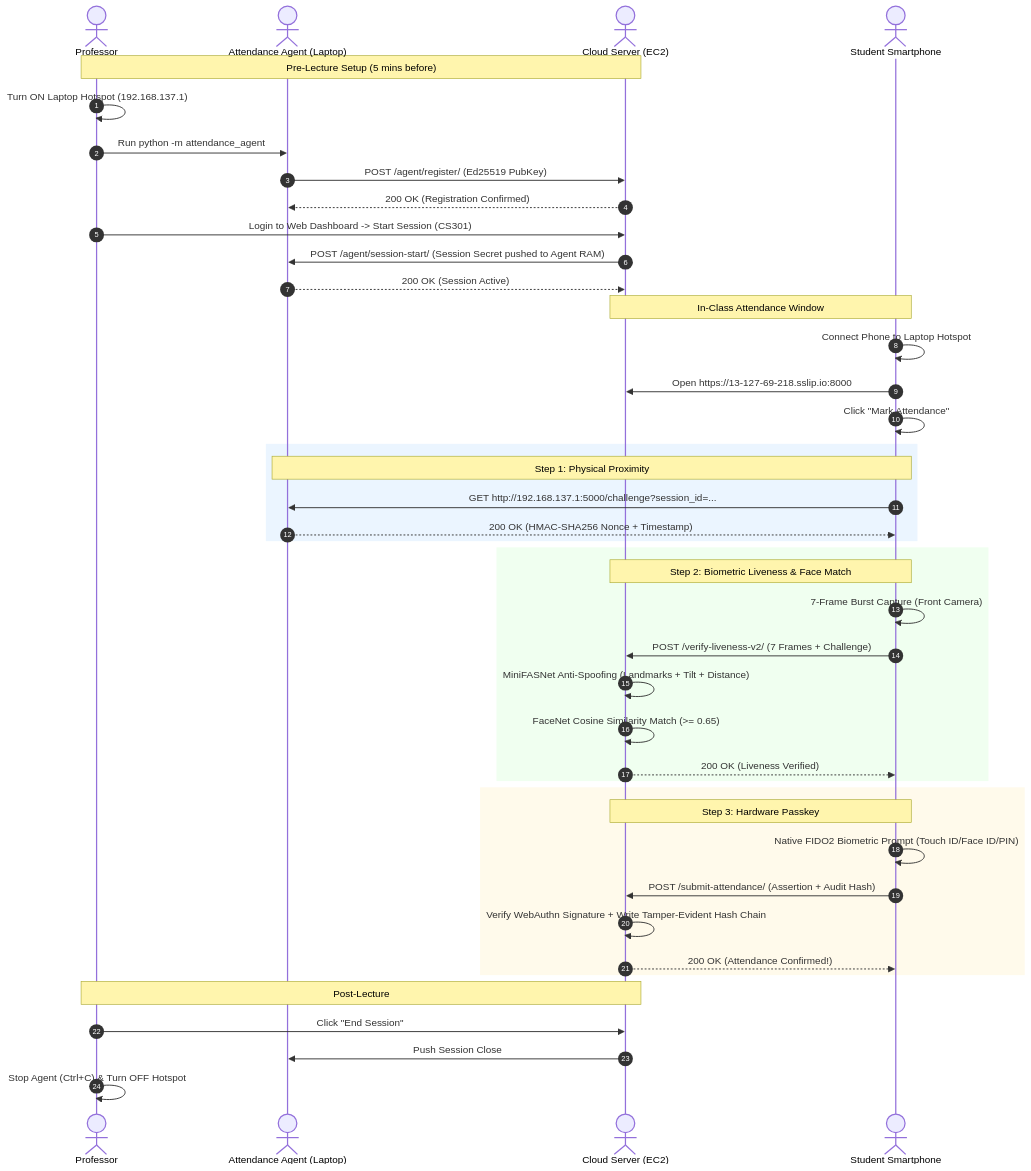
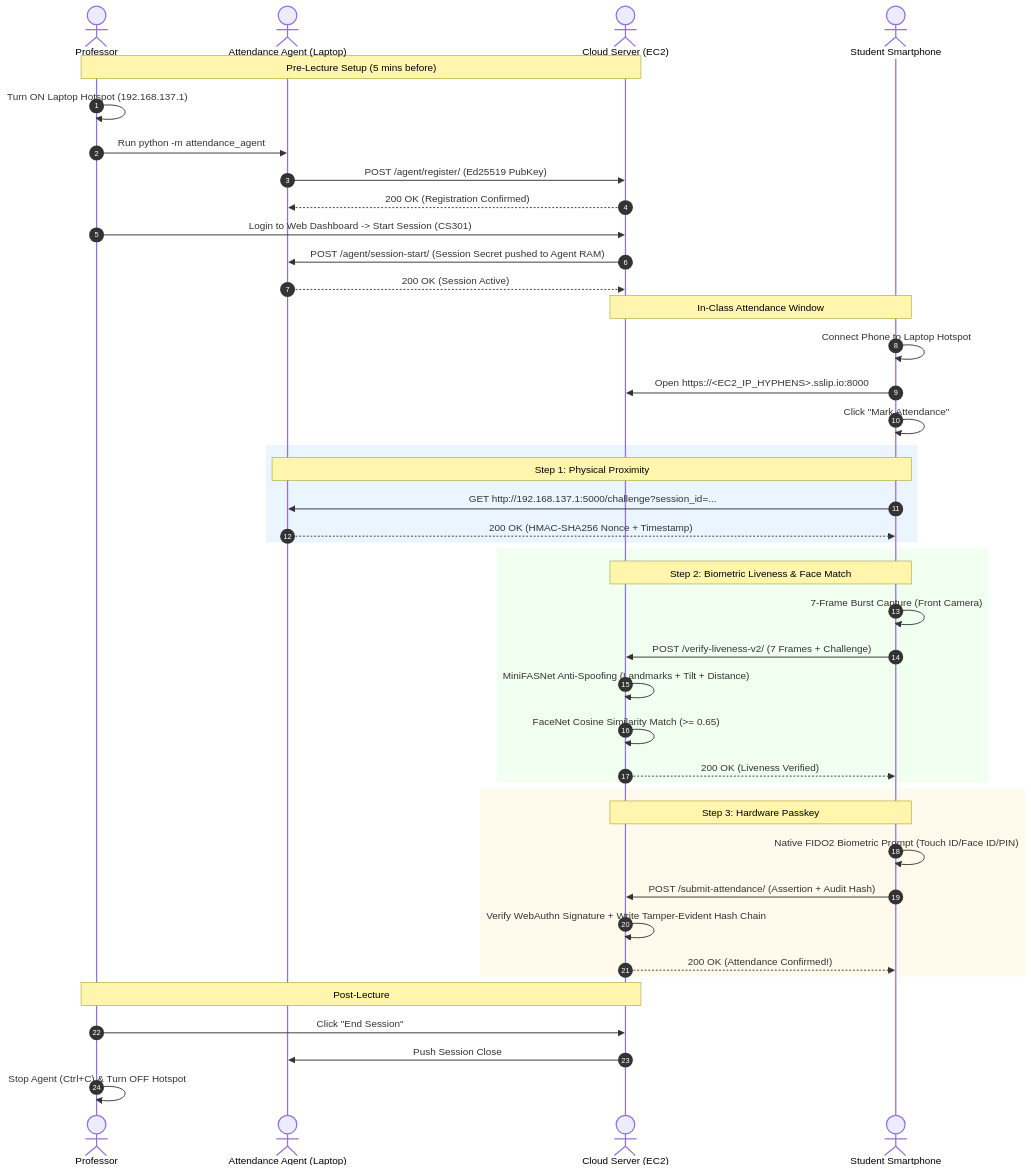
The diagram in HOW_TO_RUN2.md (Aarav-Shah-175/Secure_Attendance_System), drawn with Mermaid before and after one commit. The commit also changed other lines of this file and 10 other files, not shown here.

````diff
--- a/HOW_TO_RUN2.md
+++ b/HOW_TO_RUN2.md
@@ -526,51 +529,51 @@
 ```mermaid
 sequenceDiagram
     autonumber
     actor Prof as Professor
     actor Agent as Attendance Agent (Laptop)
     actor Cloud as Cloud Server (EC2)
     actor Student as Student Smartphone
 
     Note over Prof,Cloud: Pre-Lecture Setup (5 mins before)
     Prof->>Prof: Turn ON Laptop Hotspot (192.168.137.1)
     Prof->>Agent: Run python -m attendance_agent
     Agent->>Cloud: POST /agent/register/ (Ed25519 PubKey)
     Cloud-->>Agent: 200 OK (Registration Confirmed)
 
     Prof->>Cloud: Login to Web Dashboard -> Start Session (CS301)
     Cloud->>Agent: POST /agent/session-start/ (Session Secret pushed to Agent RAM)
     Agent-->>Cloud: 200 OK (Session Active)
 
     Note over Student,Cloud: In-Class Attendance Window
     Student->>Student: Connect Phone to Laptop Hotspot
-    Student->>Cloud: Open https://13-127-69-218.sslip.io:8000
+    Student->>Cloud: Open https://<EC2_IP_HYPHENS>.sslip.io:8000
     Student->>Student: Click "Mark Attendance"
 
     rect rgb(235, 245, 255)
         Note over Student,Agent: Step 1: Physical Proximity
         Student->>Agent: GET http://192.168.137.1:5000/challenge?session_id=...
         Agent-->>Student: 200 OK (HMAC-SHA256 Nonce + Timestamp)
     end
 
     rect rgb(240, 255, 240)
         Note over Student,Cloud: Step 2: Biometric Liveness & Face Match
         Student->>Student: 7-Frame Burst Capture (Front Camera)
         Student->>Cloud: POST /verify-liveness-v2/ (7 Frames + Challenge)
         Cloud->>Cloud: MiniFASNet Anti-Spoofing (Landmarks + Tilt + Distance)
         Cloud->>Cloud: FaceNet Cosine Similarity Match (>= 0.65)
         Cloud-->>Student: 200 OK (Liveness Verified)
     end
 
     rect rgb(255, 250, 235)
         Note over Student,Cloud: Step 3: Hardware Passkey
         Student->>Student: Native FIDO2 Biometric Prompt (Touch ID/Face ID/PIN)
         Student->>Cloud: POST /submit-attendance/ (Assertion + Audit Hash)
         Cloud->>Cloud: Verify WebAuthn Signature + Write Tamper-Evident Hash Chain
         Cloud-->>Student: 200 OK (Attendance Confirmed!)
     end
 
     Note over Prof,Cloud: Post-Lecture
     Prof->>Cloud: Click "End Session"
     Cloud->>Agent: Push Session Close
     Prof->>Prof: Stop Agent (Ctrl+C) & Turn OFF Hotspot
 ```
````
